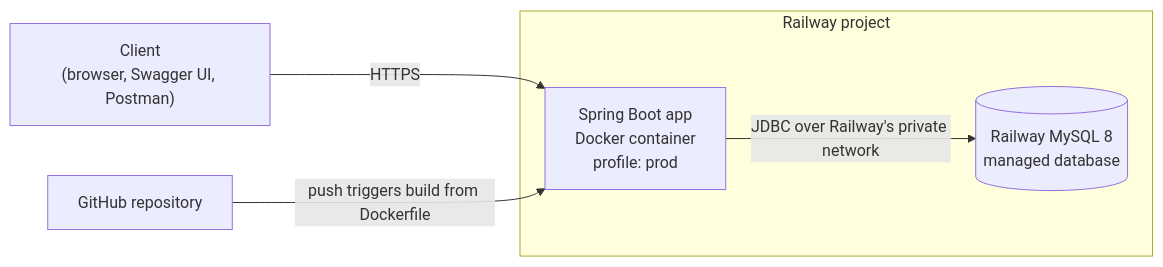
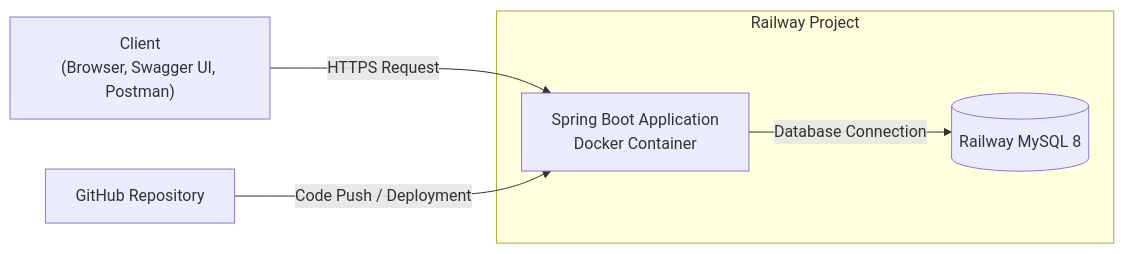
The first of 5 diagrams in docs/ARCHITECTURE.md (sameerkr056/crunchy-java-backend-t5-sameer), drawn with Mermaid before and after one commit. The commit also changed other lines of this file and 9 other files, not shown here.

````diff
--- a/docs/ARCHITECTURE.md
+++ b/docs/ARCHITECTURE.md
@@ -5,13 +7,15 @@
 ```mermaid
 flowchart LR
-    User["Client<br/>(browser, Swagger UI, Postman)"]
-    subgraph Railway["Railway project"]
-        App["Spring Boot app<br/>Docker container<br/>profile: prod"]
-        DB[("Railway MySQL 8<br/>managed database")]
+    User["Client<br/>(Browser, Swagger UI, Postman)"]
+
+    subgraph Railway["Railway Project"]
+        App["Spring Boot Application<br/>Docker Container"]
+        DB[("Railway MySQL 8")]
     end
-    GitHub["GitHub repository"]
 
-    User -- "HTTPS" --> App
-    App -- "JDBC over Railway's private network" --> DB
-    GitHub -- "push triggers build from Dockerfile" --> App
+    GitHub["GitHub Repository"]
+
+    User -- "HTTPS Request" --> App
+    App -- "Database Connection" --> DB
+    GitHub -- "Code Push / Deployment" --> App
 ```
````
